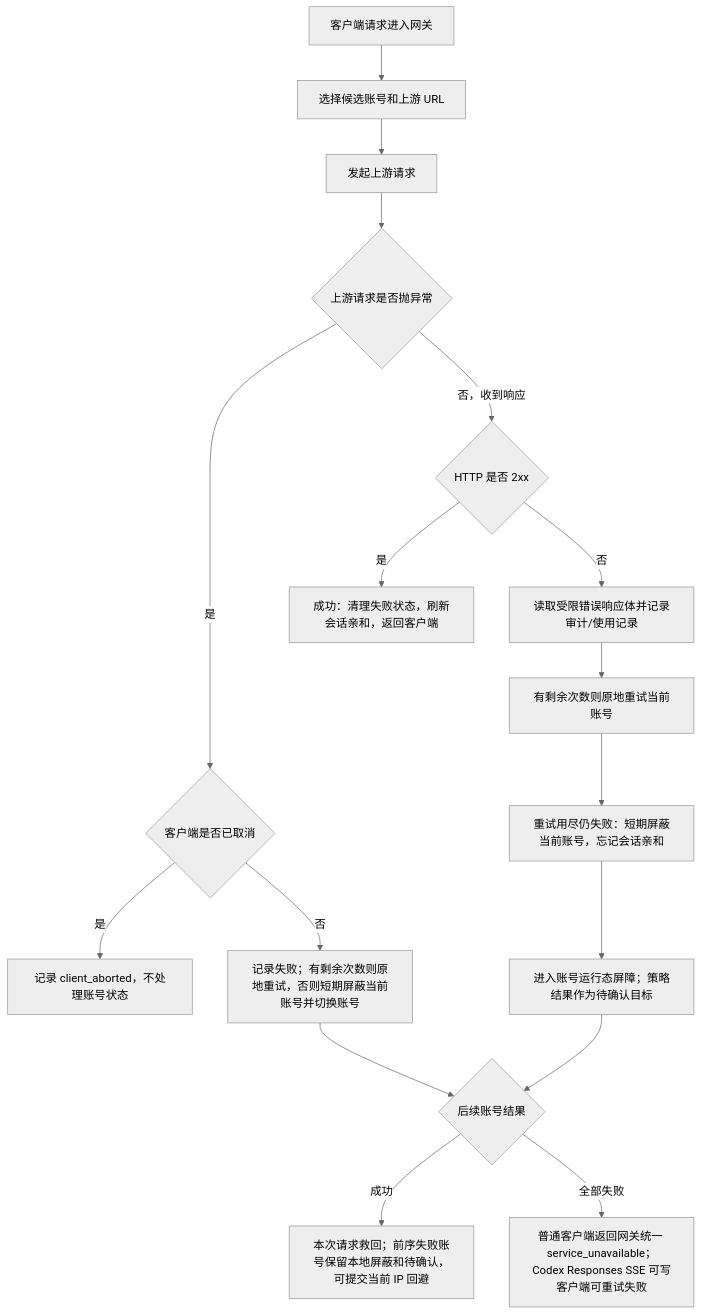
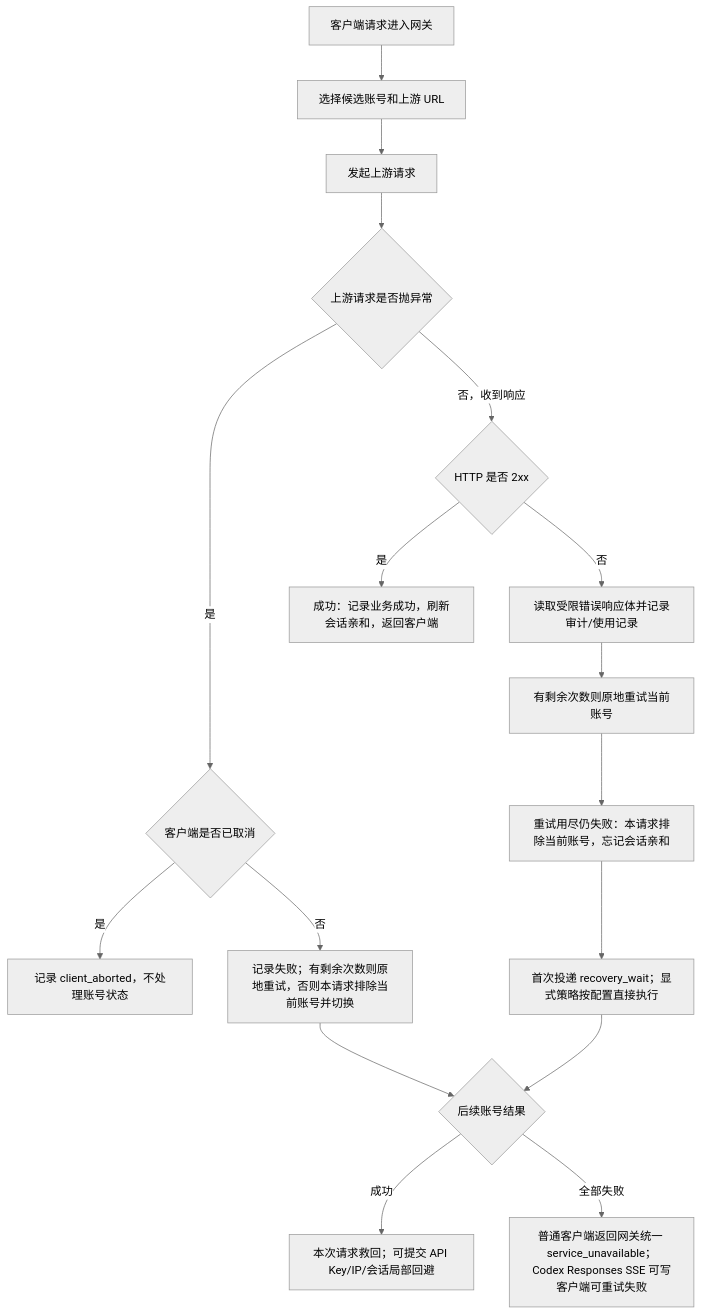
The first of 3 diagrams in docs/functions/网关异常重试与兜底策略.md (huanmin123/juhe-ai), drawn with Mermaid (neutral theme) before and after one commit. The commit also changed other lines of this file and 189 other files, not shown here.

````diff
--- a/docs/functions/网关异常重试与兜底策略.md
+++ b/docs/functions/网关异常重试与兜底策略.md
@@ -46,20 +52,20 @@
 ```mermaid
 flowchart TD
   A["客户端请求进入网关"] --> B["选择候选账号和上游 URL"]
   B --> C["发起上游请求"]
   C --> D{"上游请求是否抛异常"}
   D -- "是" --> E{"客户端是否已取消"}
   E -- "是" --> F["记录 client_aborted，不处理账号状态"]
-  E -- "否" --> I["记录失败；有剩余次数则原地重试，否则短期屏蔽当前账号并切换账号"]
+  E -- "否" --> I["记录失败；有剩余次数则原地重试，否则本请求排除当前账号并切换"]
 
   D -- "否，收到响应" --> J{"HTTP 是否 2xx"}
-  J -- "是" --> K["成功：清理失败状态，刷新会话亲和，返回客户端"]
+  J -- "是" --> K["成功：记录业务成功，刷新会话亲和，返回客户端"]
   J -- "否" --> L["读取受限错误响应体并记录审计/使用记录"]
   L --> R["有剩余次数则原地重试当前账号"]
-  R --> X["重试用尽仍失败：短期屏蔽当前账号，忘记会话亲和"]
-  X --> P["进入账号运行态屏障；策略结果作为待确认目标"]
+  R --> X["重试用尽仍失败：本请求排除当前账号，忘记会话亲和"]
+  X --> P["首次投递 recovery_wait；显式策略按配置直接执行"]
   P --> T{"后续账号结果"}
   I --> T
-  T -- "成功" --> U["本次请求救回；前序失败账号保留本地屏蔽和待确认，可提交当前 IP 回避"]
+  T -- "成功" --> U["本次请求救回；可提交 API Key/IP/会话局部回避"]
   T -- "全部失败" --> W["普通客户端返回网关统一 service_unavailable；Codex Responses SSE 可写客户端可重试失败"]
 ```
````
